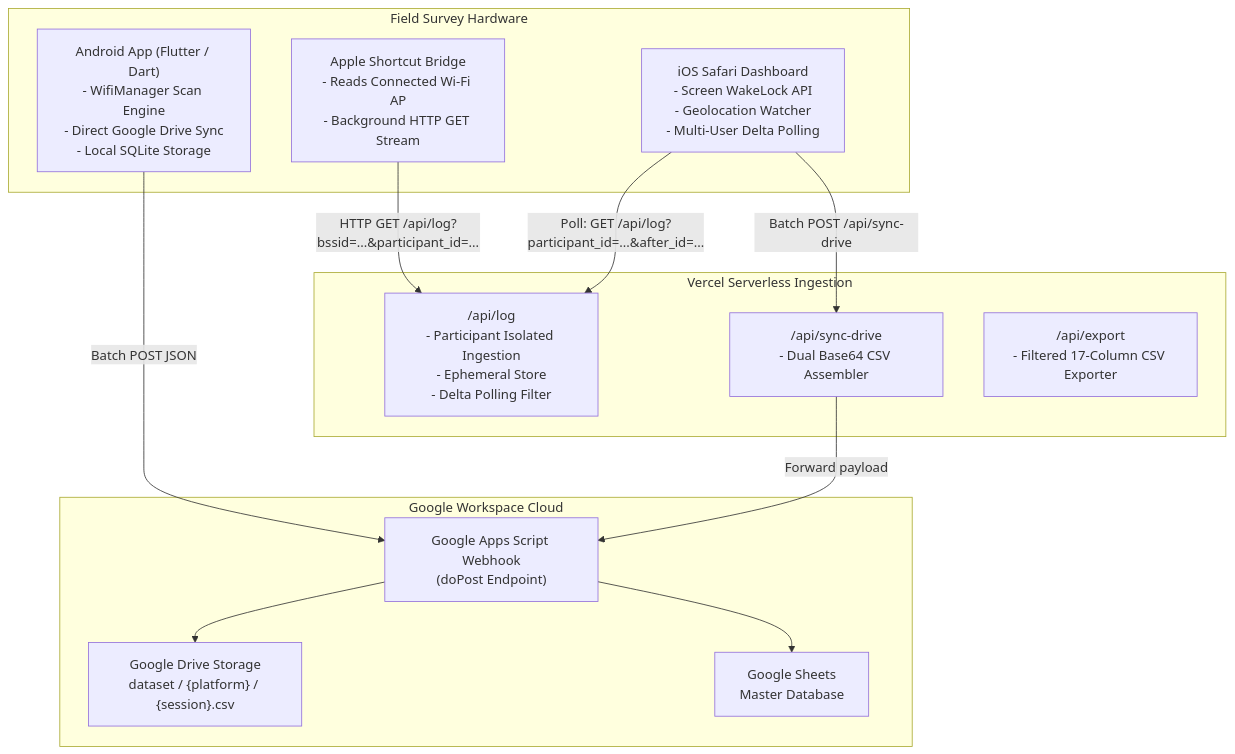
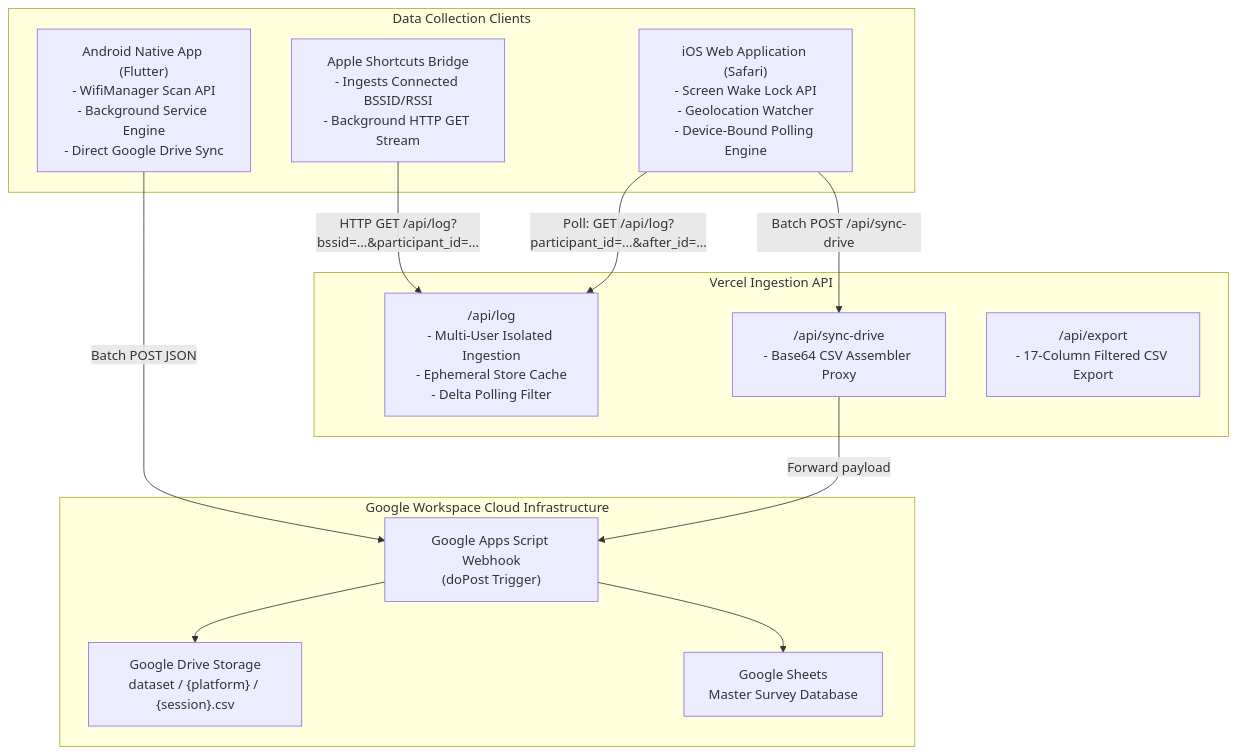
The second of 2 diagrams in README.md (Kitsada4435/rssi-web-logger), drawn with Mermaid before and after one commit. The commit also changed other lines of this file, not shown here.

Commit message:
docs: formalize academic language, embed download links, restrict platforms to android and ios

````diff
--- a/README.md
+++ b/README.md
@@ -185,28 +171,28 @@
 ```mermaid
 flowchart TD
-    subgraph MobileClients ["Field Survey Hardware"]
-        AndroidApp["Android App (Flutter / Dart)<br>- WifiManager Scan Engine<br>- Direct Google Drive Sync<br>- Local SQLite Storage"]
-        iOSWeb["iOS Safari Dashboard<br>- Screen WakeLock API<br>- Geolocation Watcher<br>- Multi-User Delta Polling"]
-        iOSShortcut["Apple Shortcut Bridge<br>- Reads Connected Wi-Fi AP<br>- Background HTTP GET Stream"]
+    subgraph ClientLayer ["Data Collection Clients"]
+        AndroidClient["Android Native App (Flutter)<br>- WifiManager Scan API<br>- Background Service Engine<br>- Direct Google Drive Sync"]
+        iOSClient["iOS Web Application (Safari)<br>- Screen Wake Lock API<br>- Geolocation Watcher<br>- Device-Bound Polling Engine"]
+        ShortcutBridge["Apple Shortcuts Bridge<br>- Ingests Connected BSSID/RSSI<br>- Background HTTP GET Stream"]
     end
 
-    subgraph CloudPipeline ["Vercel Serverless Ingestion"]
-        LogAPI["/api/log<br>- Participant Isolated Ingestion<br>- Ephemeral Store<br>- Delta Polling Filter"]
-        SyncAPI["/api/sync-drive<br>- Dual Base64 CSV Assembler"]
-        ExportAPI["/api/export<br>- Filtered 17-Column CSV Exporter"]
+    subgraph ServerlessLayer ["Vercel Ingestion API"]
+        LogAPI["/api/log<br>- Multi-User Isolated Ingestion<br>- Ephemeral Store Cache<br>- Delta Polling Filter"]
+        SyncAPI["/api/sync-drive<br>- Base64 CSV Assembler Proxy"]
+        ExportAPI["/api/export<br>- 17-Column Filtered CSV Export"]
     end
 
-    subgraph StoragePipeline ["Google Workspace Cloud"]
-        GAS["Google Apps Script Webhook<br>(doPost Endpoint)"]
+    subgraph StorageLayer ["Google Workspace Cloud Infrastructure"]
+        GAS["Google Apps Script Webhook<br>(doPost Trigger)"]
         GDrive["Google Drive Storage<br>dataset / {platform} / {session}.csv"]
-        GSheet["Google Sheets<br>Master Database"]
+        GSheet["Google Sheets<br>Master Survey Database"]
     end
 
-    AndroidApp -- "Batch POST JSON" --> GAS
-    iOSShortcut -- "HTTP GET /api/log?bssid=...&participant_id=..." --> LogAPI
-    iOSWeb -- "Poll: GET /api/log?participant_id=...&after_id=..." --> LogAPI
-    iOSWeb -- "Batch POST /api/sync-drive" --> SyncAPI
+    AndroidClient -- "Batch POST JSON" --> GAS
+    ShortcutBridge -- "HTTP GET /api/log?bssid=...&participant_id=..." --> LogAPI
+    iOSClient -- "Poll: GET /api/log?participant_id=...&after_id=..." --> LogAPI
+    iOSClient -- "Batch POST /api/sync-drive" --> SyncAPI
     SyncAPI -- "Forward payload" --> GAS
     GAS --> GDrive
     GAS --> GSheet
 ```
````
